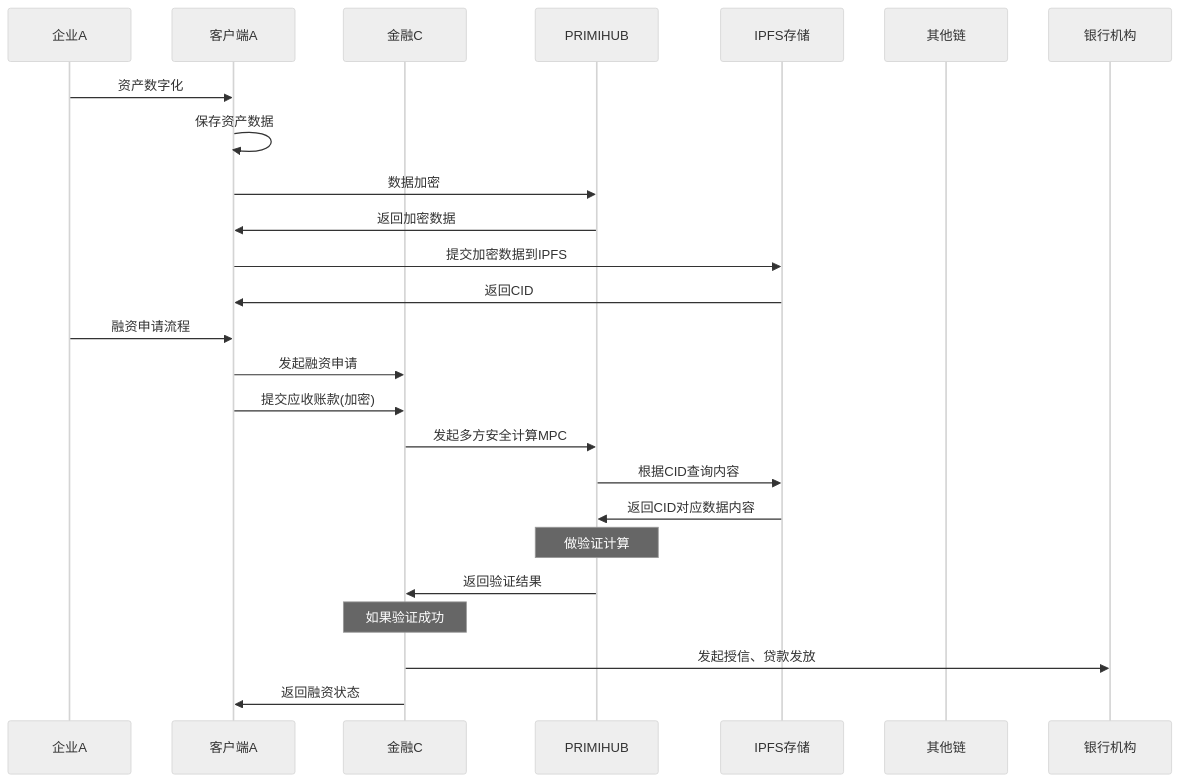
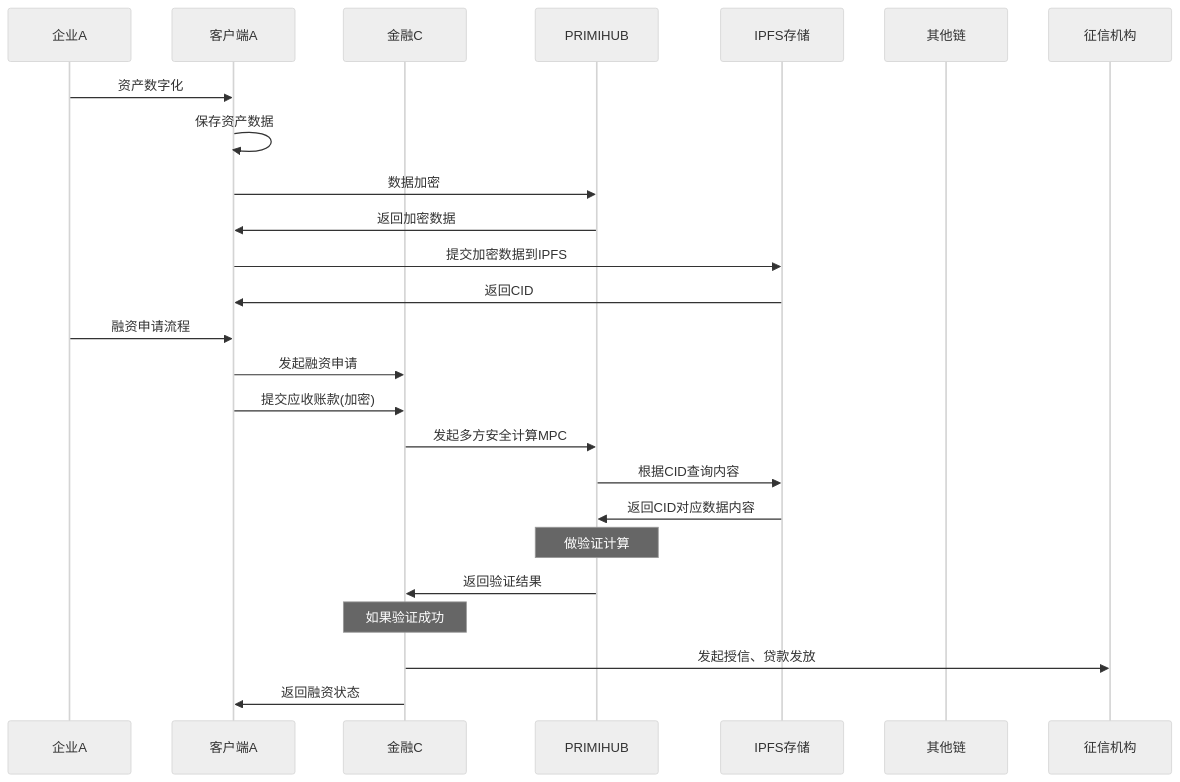
One commit to jilongcui/Finance-Blockchain-Book changed the diagram in chapter1/section2.md. Above: the diagram before and after it, drawn with Mermaid (neutral theme). The commit also changed other lines of this file and 7 other files, not shown here.

````diff
--- a/chapter1/section2.md
+++ b/chapter1/section2.md
@@ -9,28 +9,28 @@
 ```mermaid
 	    sequenceDiagram
 	    participant EA as 企业A
 	    participant ClientA as 客户端A
 	    participant JRC as 金融C
 	    participant PRIMI as PRIMIHUB
 	    participant IPFS as IPFS存储
 	    participant ChainB as 其他链
-	    participant BankA as 银行机构
+	    participant CreditA as 征信机构
 	    
 	    EA ->> ClientA: 资产数字化
 	    ClientA ->>ClientA: 保存资产数据
 	    ClientA ->>PRIMI: 数据加密
 	    PRIMI ->>ClientA: 返回加密数据
 	    ClientA ->>IPFS: 提交加密数据到IPFS
 	    IPFS ->>ClientA: 返回CID
 	    EA ->>ClientA: 融资申请流程
 	    ClientA ->>JRC: 发起融资申请
 	    ClientA ->>JRC: 提交应收账款(加密)
 	    JRC ->>PRIMI: 发起多方安全计算MPC
 	    PRIMI ->>IPFS: 根据CID查询内容
 	    IPFS ->>PRIMI: 返回CID对应数据内容
 	    Note Over PRIMI: 做验证计算
 	    PRIMI ->>JRC: 返回验证结果
 	    Note Over JRC: 如果验证成功
-	    JRC ->>BankA: 发起授信、贷款发放
+	    JRC ->>CreditA: 发起授信、贷款发放
 	    JRC ->>ClientA: 返回融资状态
 ```
````
